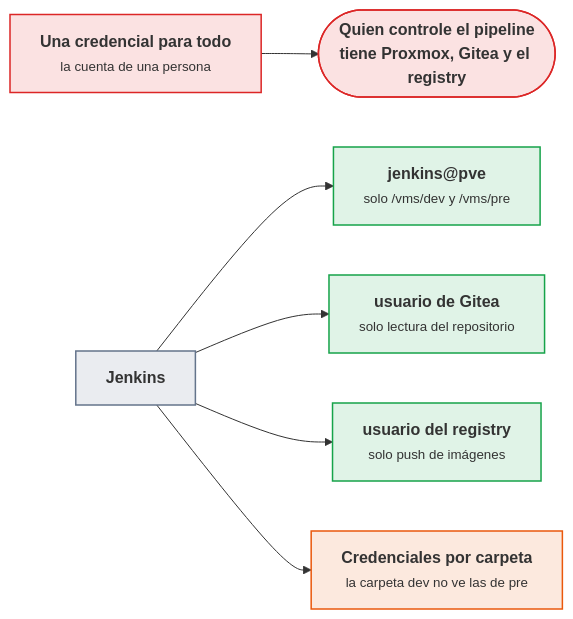
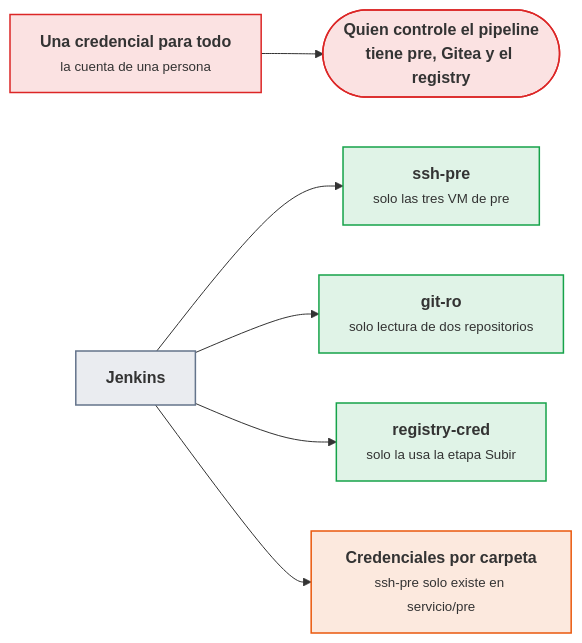
Before and after one commit to victor-educ/apuntes-5166: the seventh of 7 diagrams in docs/ut/ut6-ci.md, drawn with Mermaid. The commit also changed other lines of this file and 15 other files, not shown here.

````diff
--- a/docs/ut/ut6-ci.md
+++ b/docs/ut/ut6-ci.md
@@ -1267,19 +1348,19 @@
 ```mermaid
 flowchart LR
     MAL["<b>Una credencial para todo</b><br><small>la cuenta de una persona</small>"]:::riesgo
-    TODO(["<b>Quien controle el pipeline<br>tiene Proxmox, Gitea y el registry</b>"]):::riesgo
+    TODO(["<b>Quien controle el pipeline<br>tiene pre, Gitea y el registry</b>"]):::riesgo
     J["<b>Jenkins</b>"]:::pieza
-    S1["<b>jenkins@pve</b><br><small>solo /vms/dev y /vms/pre</small>"]:::ok
-    S2["<b>usuario de Gitea</b><br><small>solo lectura del repositorio</small>"]:::ok
-    S3["<b>usuario del registry</b><br><small>solo push de imágenes</small>"]:::ok
-    CAR["<b>Credenciales por carpeta</b><br><small>la carpeta dev no ve las de pre</small>"]:::act
+    S1["<b>ssh-pre</b><br><small>solo las tres VM de pre</small>"]:::ok
+    S2["<b>git-ro</b><br><small>solo lectura de dos repositorios</small>"]:::ok
+    S3["<b>registry-cred</b><br><small>solo la usa la etapa Subir</small>"]:::ok
+    CAR["<b>Credenciales por carpeta</b><br><small>ssh-pre solo existe en servicio/pre</small>"]:::act
     MAL --> TODO
     J --> S1 & S2 & S3
     J --> CAR
     classDef act fill:#ea580c22,stroke:#ea580c,stroke-width:1.5px
     classDef pieza fill:#64748b22,stroke:#64748b,stroke-width:1.5px
     classDef dato fill:#2563eb22,stroke:#2563eb,stroke-width:1.5px
     classDef infra fill:#a1a1aa14,stroke:#a1a1aa,stroke-width:1.5px
     classDef ok fill:#16a34a22,stroke:#16a34a,stroke-width:1.5px
     classDef riesgo fill:#dc262622,stroke:#dc2626,stroke-width:1.5px
 ```
````
